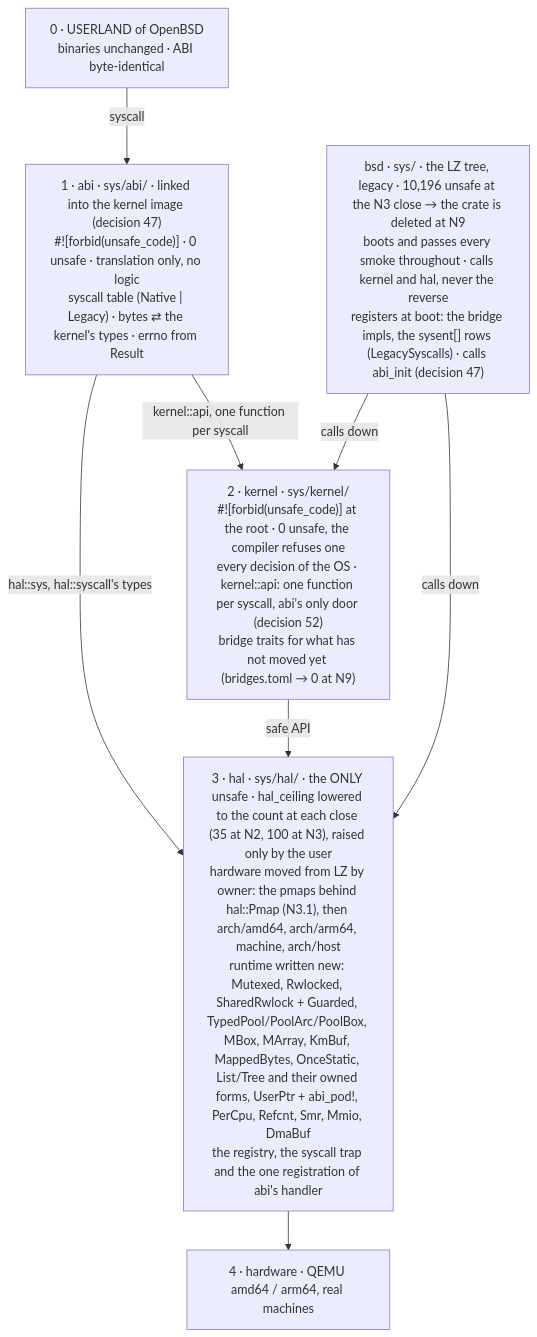
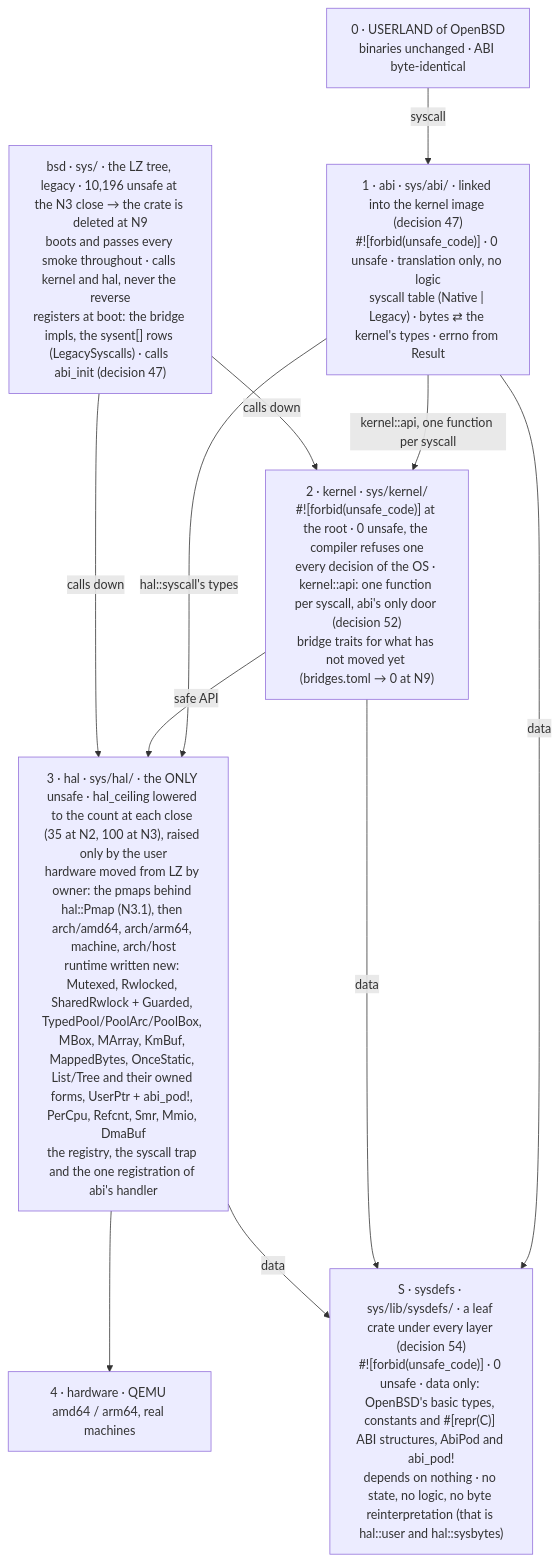
The first of 2 diagrams in docs/ZERO_UNSAFE.md (EmiBSD/Kernel), drawn with Mermaid before and after one commit. The commit also changed other lines of this file and 11 other files, not shown here.

First line of the commit message:
rules: abi names sysdefs for data (decision 54)

````diff
--- a/docs/ZERO_UNSAFE.md
+++ b/docs/ZERO_UNSAFE.md
@@ -22,16 +22,20 @@
 ```mermaid
 flowchart TB
     L0["0 · USERLAND of OpenBSD<br/>binaries unchanged · ABI byte-identical"]
     L1["1 · abi · sys/abi/ · linked into the kernel image (decision 47)<br/>#![forbid(unsafe_code)] · 0 unsafe · translation only, no logic<br/>syscall table (Native | Legacy) · bytes ⇄ the kernel's types · errno from Result"]
     L2["2 · kernel · sys/kernel/<br/>#![forbid(unsafe_code)] at the root · 0 unsafe, the compiler refuses one<br/>every decision of the OS · kernel::api: one function per syscall, abi's only door (decision 52)<br/>bridge traits for what has not moved yet (bridges.toml → 0 at N9)"]
     L3["3 · hal · sys/hal/ · the ONLY unsafe · hal_ceiling lowered to the count at each close (35 at N2, 100 at N3), raised only by the user<br/>hardware moved from LZ by owner: the pmaps behind hal::Pmap (N3.1), then arch/amd64, arch/arm64, machine, arch/host<br/>runtime written new: Mutexed, Rwlocked, SharedRwlock + Guarded, TypedPool/PoolArc/PoolBox, MBox, MArray, KmBuf, MappedBytes, OnceStatic, List/Tree and their owned forms, UserPtr + abi_pod!, PerCpu, Refcnt, Smr, Mmio, DmaBuf<br/>the registry, the syscall trap and the one registration of abi's handler"]
     L4["4 · hardware · QEMU amd64 / arm64, real machines"]
     L0 -->|"syscall"| L1
     L1 -->|"kernel::api, one function per syscall"| L2
-    L1 -->|"hal::sys, hal::syscall's types"| L3
+    L1 -->|"hal::syscall's types"| L3
     L2 -->|"safe API"| L3
     L3 --> L4
+    S["S · sysdefs · sys/lib/sysdefs/ · a leaf crate under every layer (decision 54)<br/>#![forbid(unsafe_code)] · 0 unsafe · data only: OpenBSD's basic types, constants and #[repr(C)] ABI structures, AbiPod and abi_pod!<br/>depends on nothing · no state, no logic, no byte reinterpretation (that is hal::user and hal::sysbytes)"]
+    L1 -->|"data"| S
+    L2 -->|"data"| S
+    L3 -->|"data"| S
     B["bsd · sys/ · the LZ tree, legacy · 10,196 unsafe at the N3 close → the crate is deleted at N9<br/>boots and passes every smoke throughout · calls kernel and hal, never the reverse<br/>registers at boot: the bridge impls, the sysent[] rows (LegacySyscalls) · calls abi_init (decision 47)"]
     B -->|"calls down"| L2
     B -->|"calls down"| L3
 ```
````
